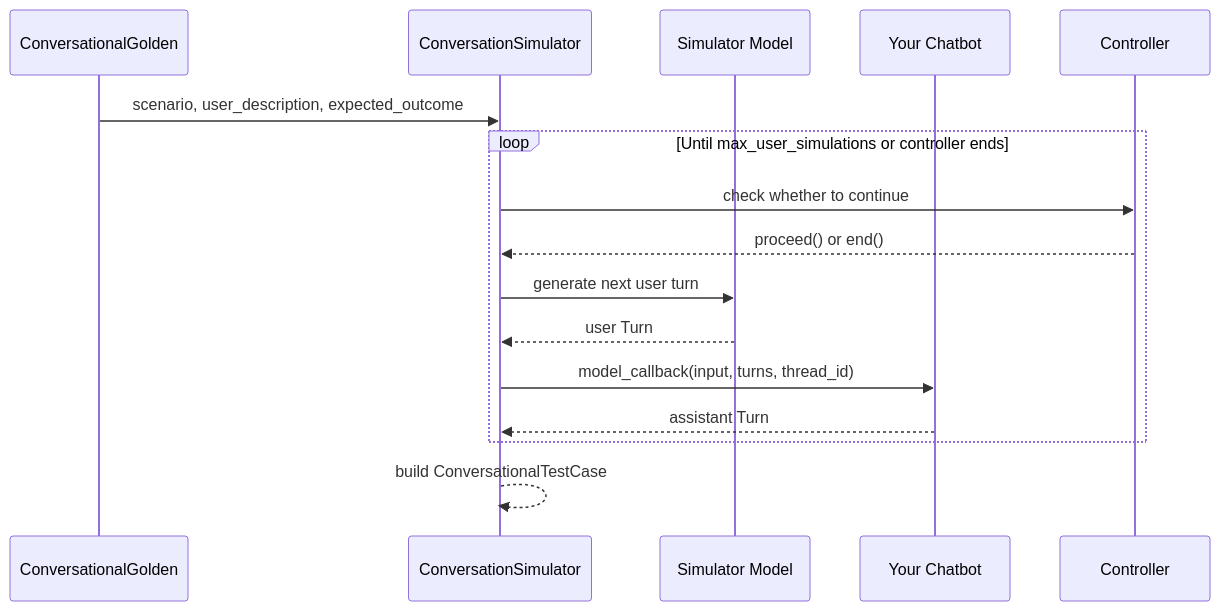
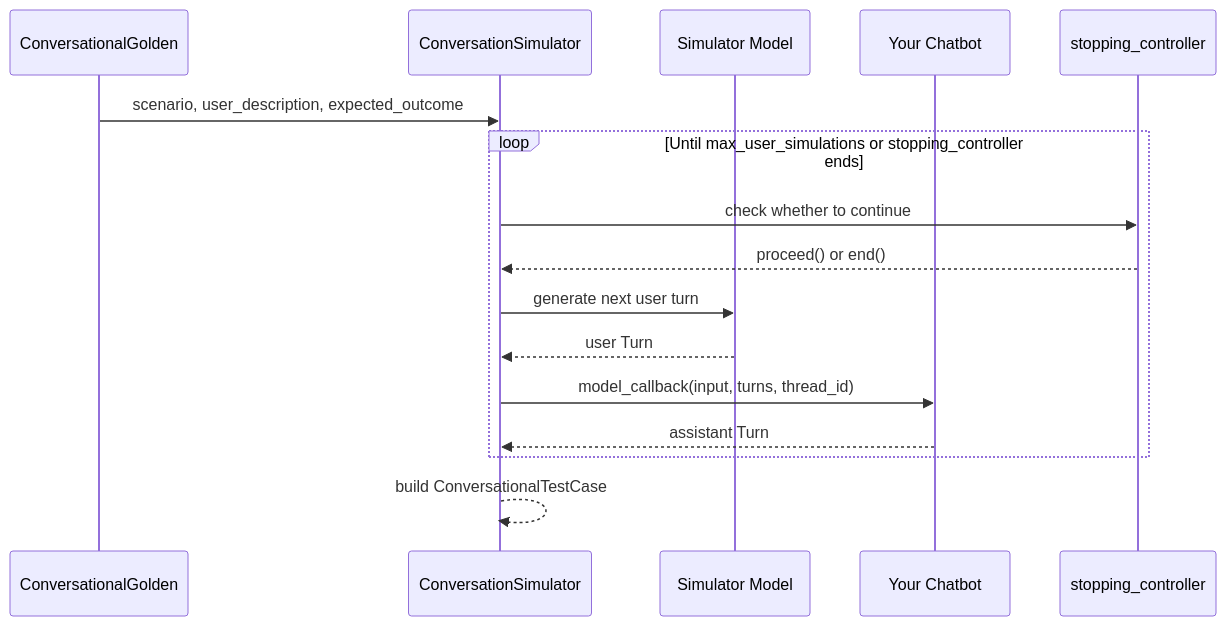
The diagram in docs/content/docs/conversation-simulator/index.mdx (confident-ai/deepeval), drawn with Mermaid before and after one commit. The commit also changed other lines of this file and 18 other files, not shown here.

Commit message:
added simulation graph

````diff
--- a/docs/content/docs/conversation-simulator/index.mdx
+++ b/docs/content/docs/conversation-simulator/index.mdx
@@ -43,19 +43,19 @@
 ```mermaid
 sequenceDiagram
     participant Golden as ConversationalGolden
     participant Simulator as ConversationSimulator
     participant UserModel as Simulator Model
     participant App as Your Chatbot
-    participant Controller as Controller
+    participant Stop as stopping_controller
 
     Golden->>Simulator: scenario, user_description, expected_outcome
-    loop Until max_user_simulations or controller ends
-        Simulator->>Controller: check whether to continue
-        Controller-->>Simulator: proceed() or end()
+    loop Until max_user_simulations or stopping_controller ends
+        Simulator->>Stop: check whether to continue
+        Stop-->>Simulator: proceed() or end()
         Simulator->>UserModel: generate next user turn
         UserModel-->>Simulator: user Turn
         Simulator->>App: model_callback(input, turns, thread_id)
         App-->>Simulator: assistant Turn
     end
     Simulator-->>Simulator: build ConversationalTestCase
 ```
````
